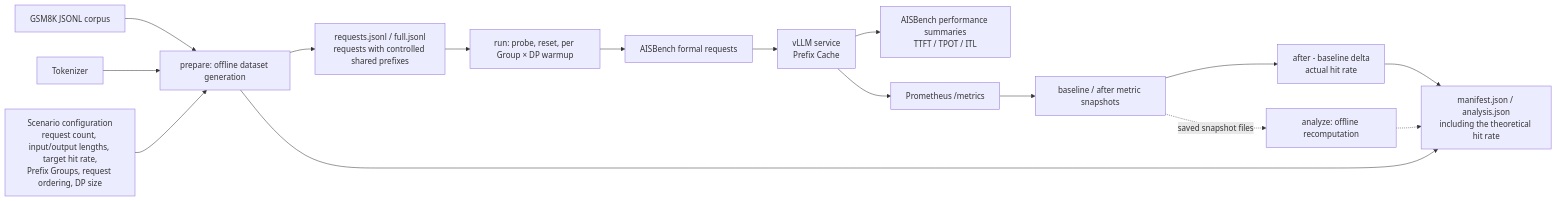
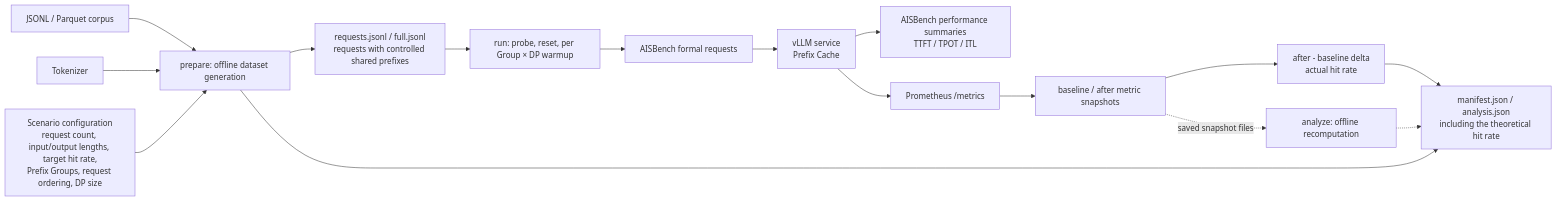
Before and after one commit to AISBench/benchmark: the diagram in docs/source_en/advanced_tutorials/prefix_cache.md, drawn with Mermaid. The commit also changed other lines of this file and 13 other files, not shown here.

````diff
--- a/docs/source_en/advanced_tutorials/prefix_cache.md
+++ b/docs/source_en/advanced_tutorials/prefix_cache.md
@@ -14,18 +14,18 @@
 ```mermaid
 flowchart LR
-    C[GSM8K JSONL corpus] --> PR[prepare: offline dataset generation]
+    C[JSONL / Parquet corpus] --> PR[prepare: offline dataset generation]
     TK[Tokenizer] --> PR
     SC[Scenario configuration<br/>request count, input/output lengths, target hit rate,<br/>Prefix Groups, request ordering, DP size] --> PR
     PR --> D1[requests.jsonl / full.jsonl<br/>requests with controlled shared prefixes]
     PR --> D2[manifest.json / analysis.json<br/>including the theoretical hit rate]
     D1 --> RU[run: probe, reset, per Group × DP warmup]
     RU --> AI[AISBench formal requests]
     AI --> VL[vLLM service<br/>Prefix Cache]
     VL --> PF[AISBench performance summaries<br/>TTFT / TPOT / ITL]
     VL --> PM[Prometheus /metrics]
     PM --> SN[baseline / after metric snapshots]
     SN --> DF[after - baseline delta<br/>actual hit rate]
     DF --> D2
     SN -. saved snapshot files .-> AZ[analyze: offline recomputation]
     AZ -.-> D2
 ```
````
